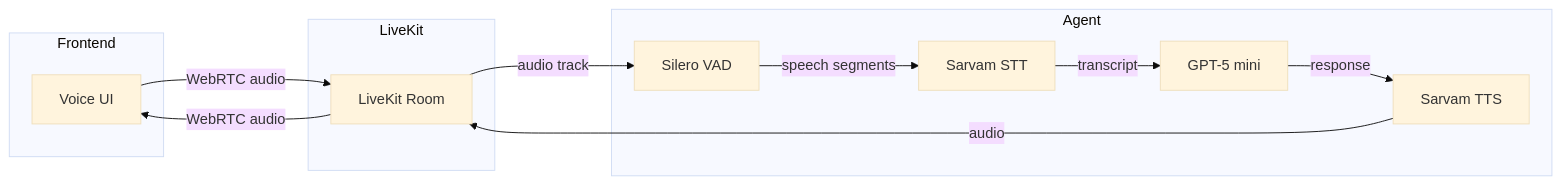
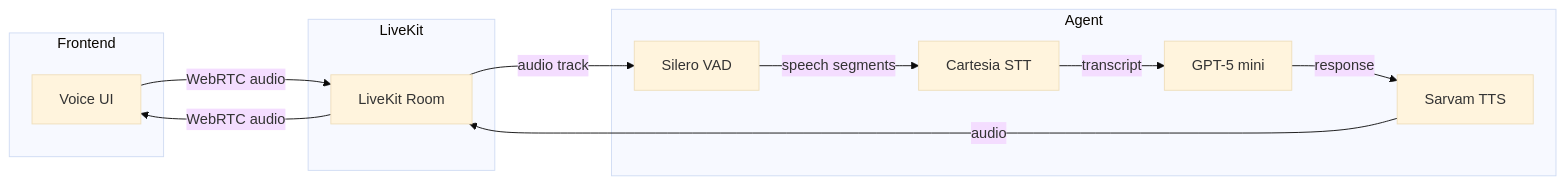
One commit to Navdeep-Davang/Livekit-Agent changed the diagram in doc/Architecture/voice-agent-architecture.md. Above: the diagram before and after it, drawn with Mermaid (base theme). The commit also changed other lines of this file and 18 other files, not shown here.

First line of the commit message:
feat: Update voice agent pipeline to integrate Cartesia STT and enhance project structure

````diff
--- a/doc/Architecture/voice-agent-architecture.md
+++ b/doc/Architecture/voice-agent-architecture.md
@@ -24,22 +24,22 @@
 ```mermaid
 graph LR
     subgraph Frontend
         UI[Voice UI]
     end
     subgraph LiveKit
         Room[LiveKit Room]
     end
     subgraph Agent
         VAD[Silero VAD]
-        STT[Sarvam STT]
+        STT[Cartesia STT]
         LLM[GPT-5 mini]
         TTS[Sarvam TTS]
     end
     UI -->|WebRTC audio| Room
     Room -->|audio track| VAD
     VAD -->|speech segments| STT
     STT -->|transcript| LLM
     LLM -->|response| TTS
     TTS -->|audio| Room
     Room -->|WebRTC audio| UI
 ```
````
